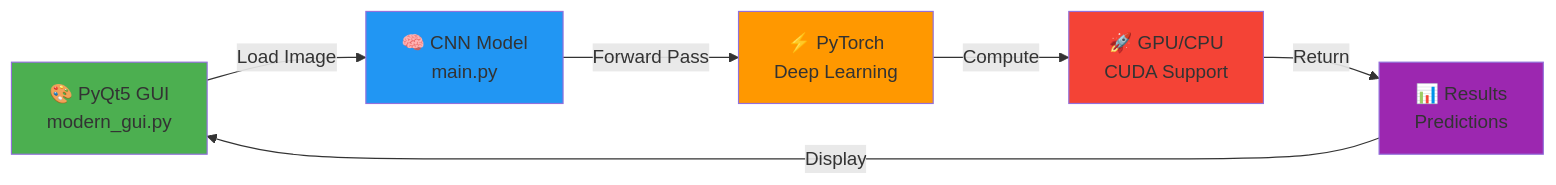
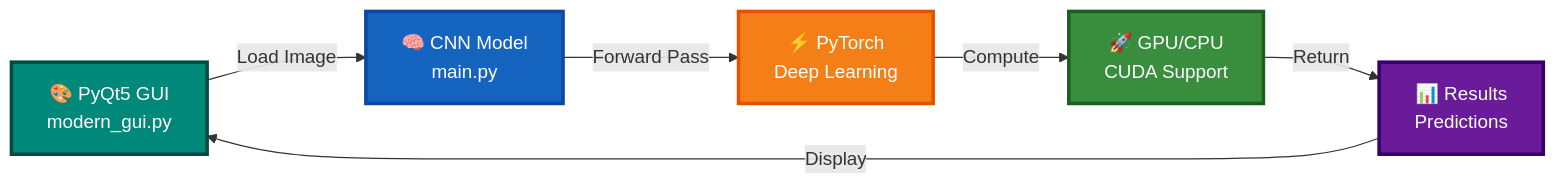
One commit to VishnuKant0925/MNIST-Digit-Classifier- changed the second of 5 diagrams in README.md. Above: the diagram before and after it, drawn with Mermaid. The commit also changed other lines of this file, not shown here.

````diff
--- a/README.md
+++ b/README.md
@@ -249,20 +249,20 @@
 ```mermaid
 graph LR
     GUI["🎨 PyQt5 GUI<br/>modern_gui.py"]
     MODEL["🧠 CNN Model<br/>main.py"]
     PYTORCH["⚡ PyTorch<br/>Deep Learning"]
     GPU["🚀 GPU/CPU<br/>CUDA Support"]
     OUTPUT["📊 Results<br/>Predictions"]
 
     GUI -->|Load Image| MODEL
     MODEL -->|Forward Pass| PYTORCH
     PYTORCH -->|Compute| GPU
     GPU -->|Return| OUTPUT
     OUTPUT -->|Display| GUI
 
-    style GUI fill:#4CAF50
-    style MODEL fill:#2196F3
-    style PYTORCH fill:#FF9800
-    style GPU fill:#F44336
-    style OUTPUT fill:#9C27B0
+    style GUI fill:#00897B,stroke:#004D40,stroke-width:3px,color:#fff
+    style MODEL fill:#1565C0,stroke:#0D47A1,stroke-width:3px,color:#fff
+    style PYTORCH fill:#F57F17,stroke:#E65100,stroke-width:3px,color:#fff
+    style GPU fill:#388E3C,stroke:#1B5E20,stroke-width:3px,color:#fff
+    style OUTPUT fill:#6A1B9A,stroke:#38006B,stroke-width:3px,color:#fff
 ```
````
